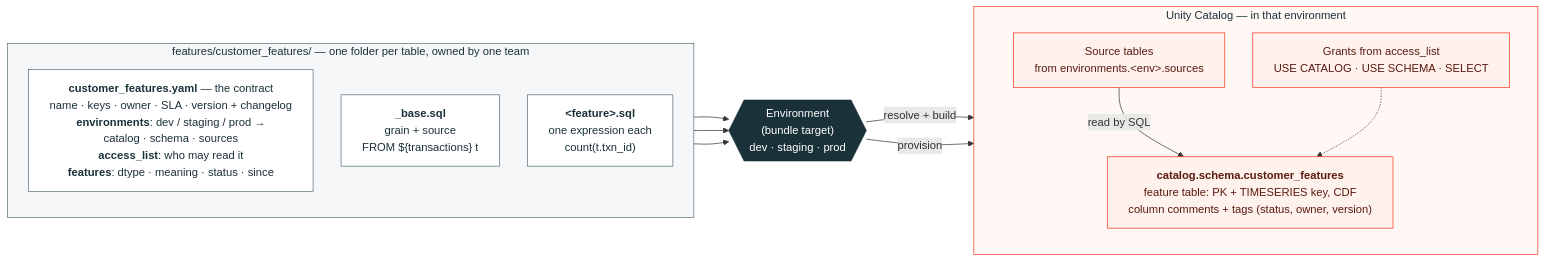
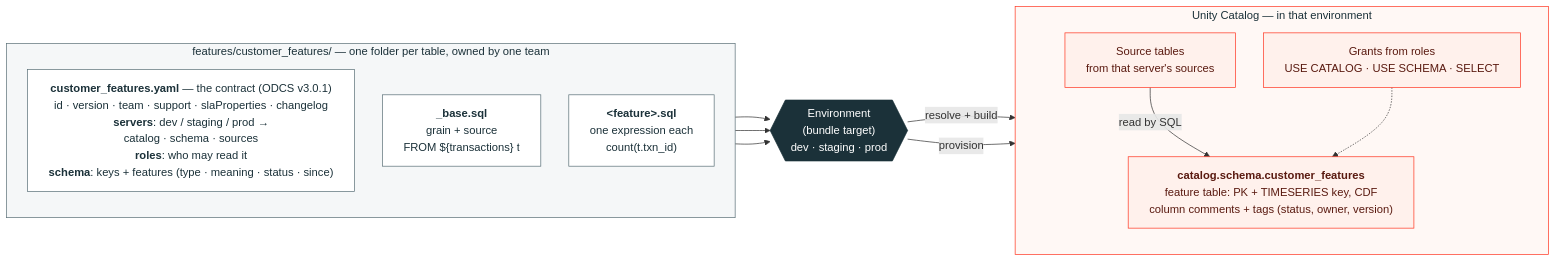
The diagram in feature_contracts_repo/diagrams/contract_anatomy.mmd (anirvandecodes/databricks_mlops_platform), drawn with Mermaid before and after one commit. The commit also changed 21 other files, not shown here.

First line of the commit message:
Write feature contracts in the Open Data Contract Standard (ODCS v3.0.1) (#31)

```diff
--- a/feature_contracts_repo/diagrams/contract_anatomy.mmd
+++ b/feature_contracts_repo/diagrams/contract_anatomy.mmd
@@ -1,35 +1,35 @@
 %%{init: {"flowchart": {"wrappingWidth": 420, "nodeSpacing": 40, "rankSpacing": 50}}}%%
 %% Anatomy of a feature table: one folder in Git, resolved per environment into a UC table.
 flowchart LR
   subgraph FOLDER["features/customer_features/  — one folder per table, owned by one team"]
     direction TB
-    Y["<b>customer_features.yaml</b> — the contract<br/>name · keys · owner · SLA · version + changelog<br/><b>environments</b>: dev / staging / prod →<br/>catalog · schema · sources<br/><b>access_list</b>: who may read it<br/><b>features</b>: dtype · meaning · status · since"]
+    Y["<b>customer_features.yaml</b> — the contract (ODCS v3.0.1)<br/>id · version · team · support · slaProperties · changelog<br/><b>servers</b>: dev / staging / prod →<br/>catalog · schema · sources<br/><b>roles</b>: who may read it<br/><b>schema</b>: keys + features (type · meaning · status · since)"]
     B["<b>_base.sql</b><br/>grain + source<br/>FROM ${transactions} t"]
     F["<b>&lt;feature&gt;.sql</b><br/>one expression each<br/>count(t.txn_id)"]
   end
 
   ENV{{"Environment<br/>(bundle target)<br/>dev · staging · prod"}}
 
   subgraph UC["Unity Catalog — in that environment"]
     direction TB
     T["<b>catalog.schema.customer_features</b><br/>feature table: PK + TIMESERIES key, CDF<br/>column comments + tags (status, owner, version)"]
-    S["Source tables<br/>from environments.&lt;env&gt;.sources"]
-    A["Grants from access_list<br/>USE CATALOG · USE SCHEMA · SELECT"]
+    S["Source tables<br/>from that server's sources"]
+    A["Grants from roles<br/>USE CATALOG · USE SCHEMA · SELECT"]
   end
 
   Y --> ENV
   B --> ENV
   F --> ENV
   ENV -->|"resolve + build"| T
   S -->|read by SQL| T
   ENV -->|provision| A
   A -.-> T
 
   classDef file fill:#FFFFFF,stroke:#5A6F77,color:#1B3139;
   classDef env fill:#1B3139,stroke:#1B3139,color:#ffffff;
   classDef uc fill:#FFF1EC,stroke:#FF3621,color:#5A1A10;
   class Y,B,F file;
   class ENV env;
   class T,S,A uc;
   style FOLDER fill:#F5F7F8,stroke:#5A6F77,color:#1B3139
   style UC fill:#FFF8F5,stroke:#FF3621,color:#1B3139
```
